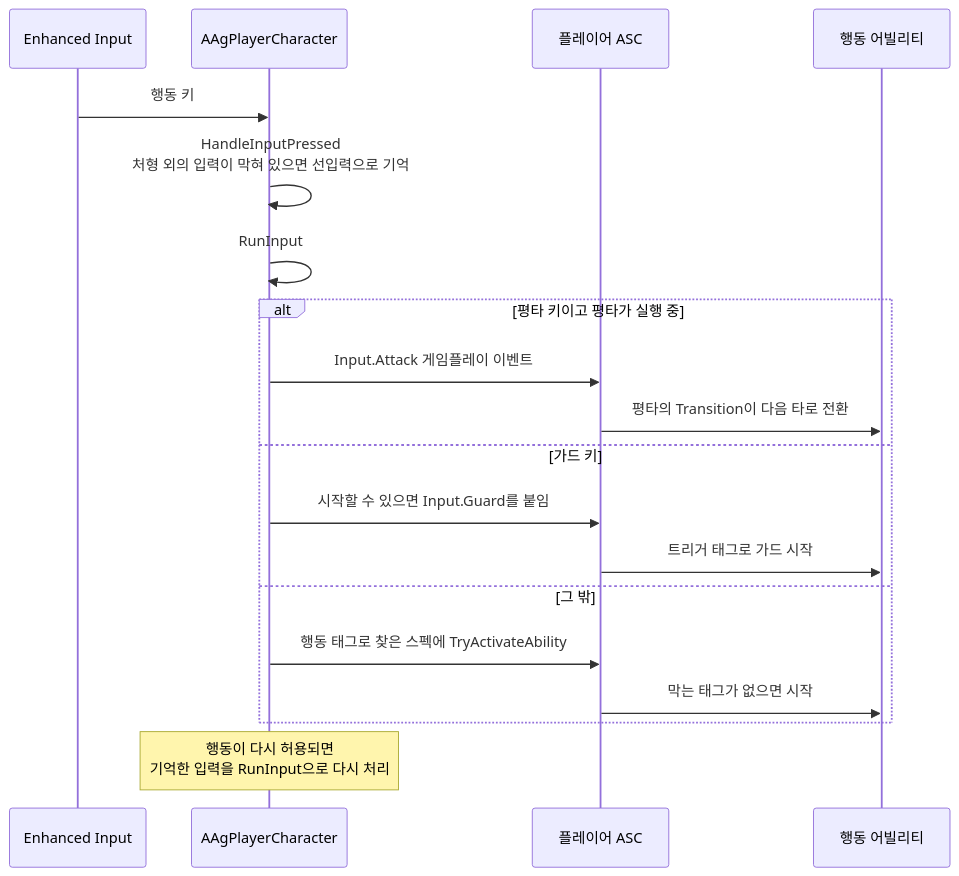
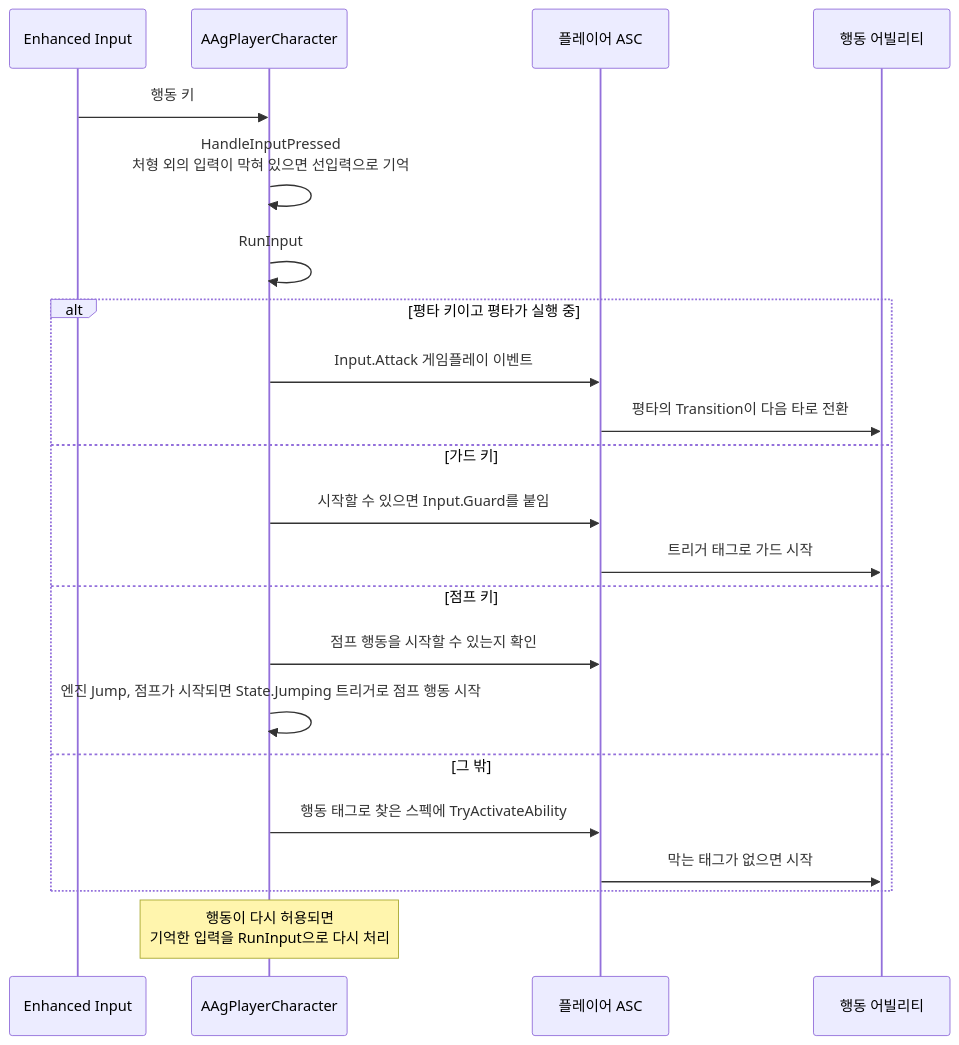
One commit to Woogl/Ag changed the diagram in Docs/Program/입력 처리.md. Above: the diagram before and after it, drawn with Mermaid. The commit also changed other lines of this file and 43 other files, not shown here.

````diff
--- a/Docs/Program/입력 처리.md
+++ b/Docs/Program/입력 처리.md
@@ -57,21 +57,24 @@
 ```mermaid
 sequenceDiagram
     participant In as Enhanced Input
     participant P as AAgPlayerCharacter
     participant ASC as 플레이어 ASC
     participant GA as 행동 어빌리티
     In->>P: 행동 키
     P->>P: HandleInputPressed<br>처형 외의 입력이 막혀 있으면 선입력으로 기억
     P->>P: RunInput
     alt 평타 키이고 평타가 실행 중
         P->>ASC: Input.Attack 게임플레이 이벤트
         ASC->>GA: 평타의 Transition이 다음 타로 전환
     else 가드 키
         P->>ASC: 시작할 수 있으면 Input.Guard를 붙임
         ASC->>GA: 트리거 태그로 가드 시작
+    else 점프 키
+        P->>ASC: 점프 행동을 시작할 수 있는지 확인
+        P->>P: 엔진 Jump, 점프가 시작되면 State.Jumping 트리거로 점프 행동 시작
     else 그 밖
         P->>ASC: 행동 태그로 찾은 스펙에 TryActivateAbility
         ASC->>GA: 막는 태그가 없으면 시작
     end
     Note over P: 행동이 다시 허용되면<br>기억한 입력을 RunInput으로 다시 처리
 ```
````
